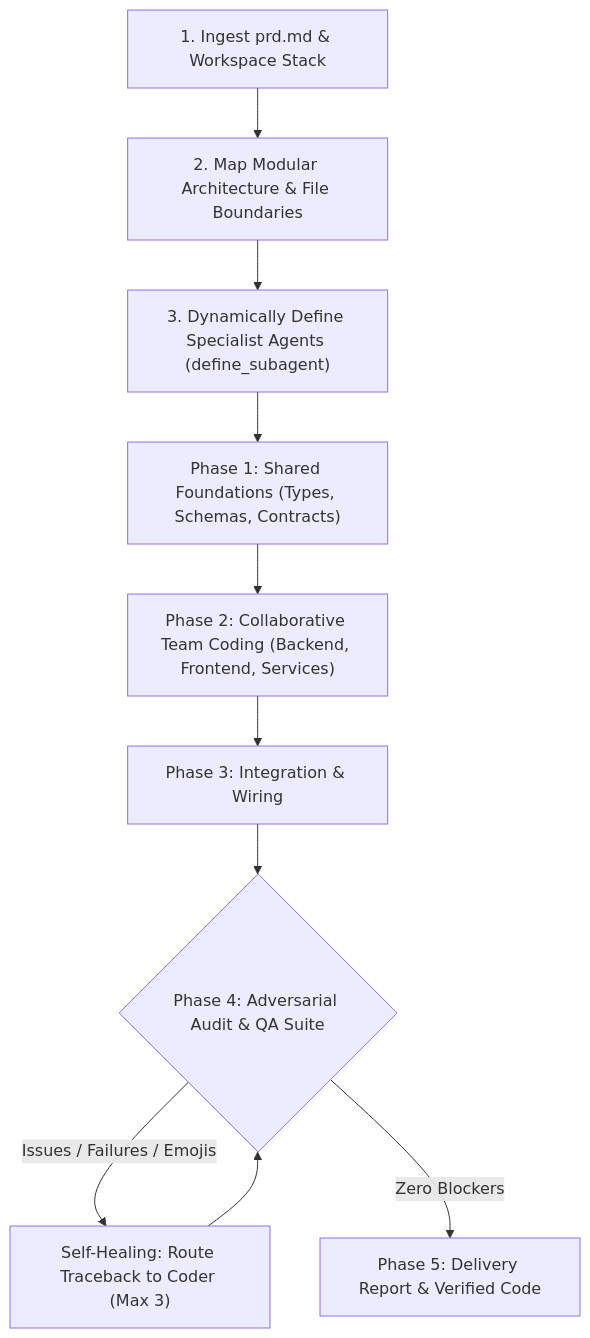
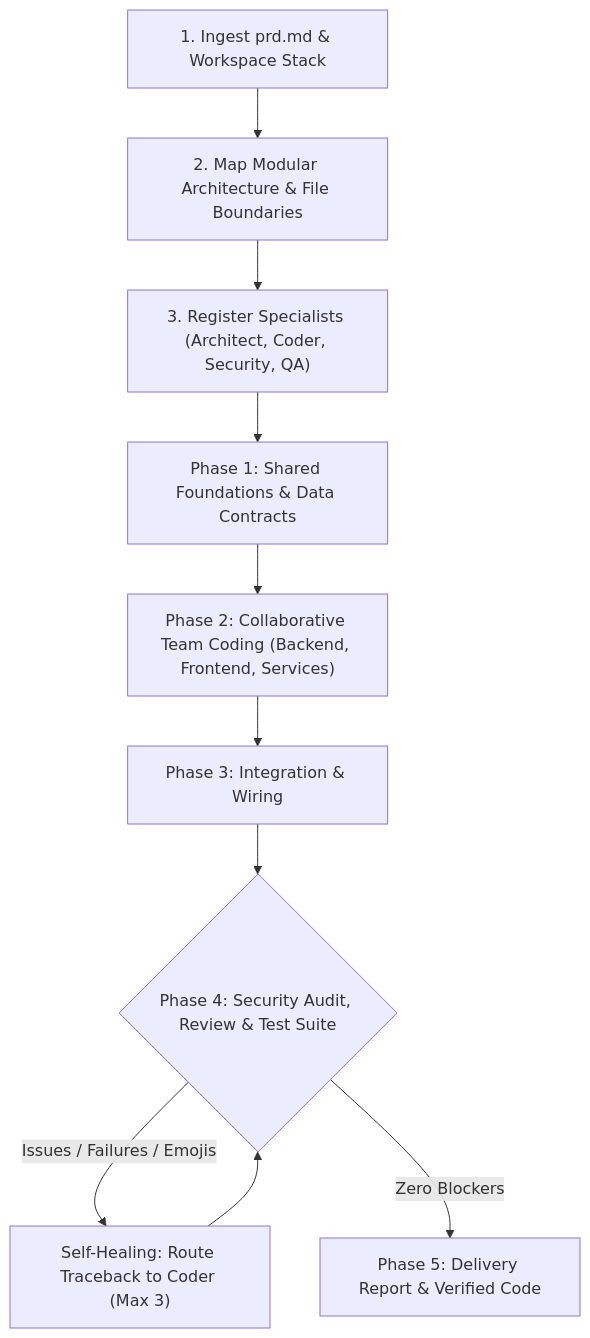
Before and after one commit to berlin-566/-agents: the diagram in README.md, drawn with Mermaid. The commit also changed other lines of this file and 6 other files, not shown here.

Commit message:
feat: expand specialist roster with security researcher, code expert, and perf engineer

````diff
--- a/README.md
+++ b/README.md
@@ -41,12 +54,12 @@
 ```mermaid
 flowchart TD
     PRD["1. Ingest prd.md & Workspace Stack"] --> Decompose["2. Map Modular Architecture & File Boundaries"]
-    Decompose --> DefineAgents["3. Dynamically Define Specialist Agents (define_subagent)"]
-    DefineAgents --> Phase1["Phase 1: Shared Foundations (Types, Schemas, Contracts)"]
+    Decompose --> DefineAgents["3. Register Specialists (Architect, Coder, Security, QA)"]
+    DefineAgents --> Phase1["Phase 1: Shared Foundations & Data Contracts"]
     Phase1 --> Phase2["Phase 2: Collaborative Team Coding (Backend, Frontend, Services)"]
     Phase2 --> Phase3["Phase 3: Integration & Wiring"]
-    Phase3 --> Phase4{"Phase 4: Adversarial Audit & QA Suite"}
+    Phase3 --> Phase4{"Phase 4: Security Audit, Review & Test Suite"}
     Phase4 -- "Issues / Failures / Emojis" --> Repair["Self-Healing: Route Traceback to Coder (Max 3)"]
     Repair --> Phase4
     Phase4 -- "Zero Blockers" --> Done["Phase 5: Delivery Report & Verified Code"]
 ```
````
